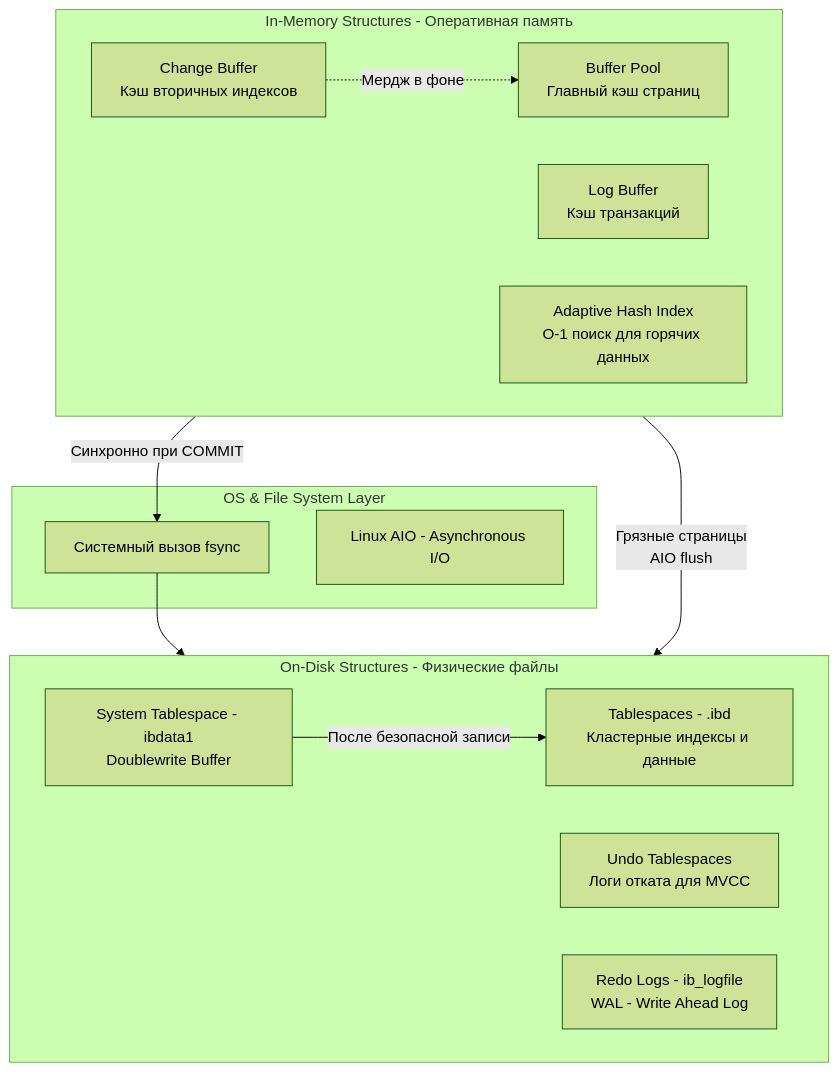
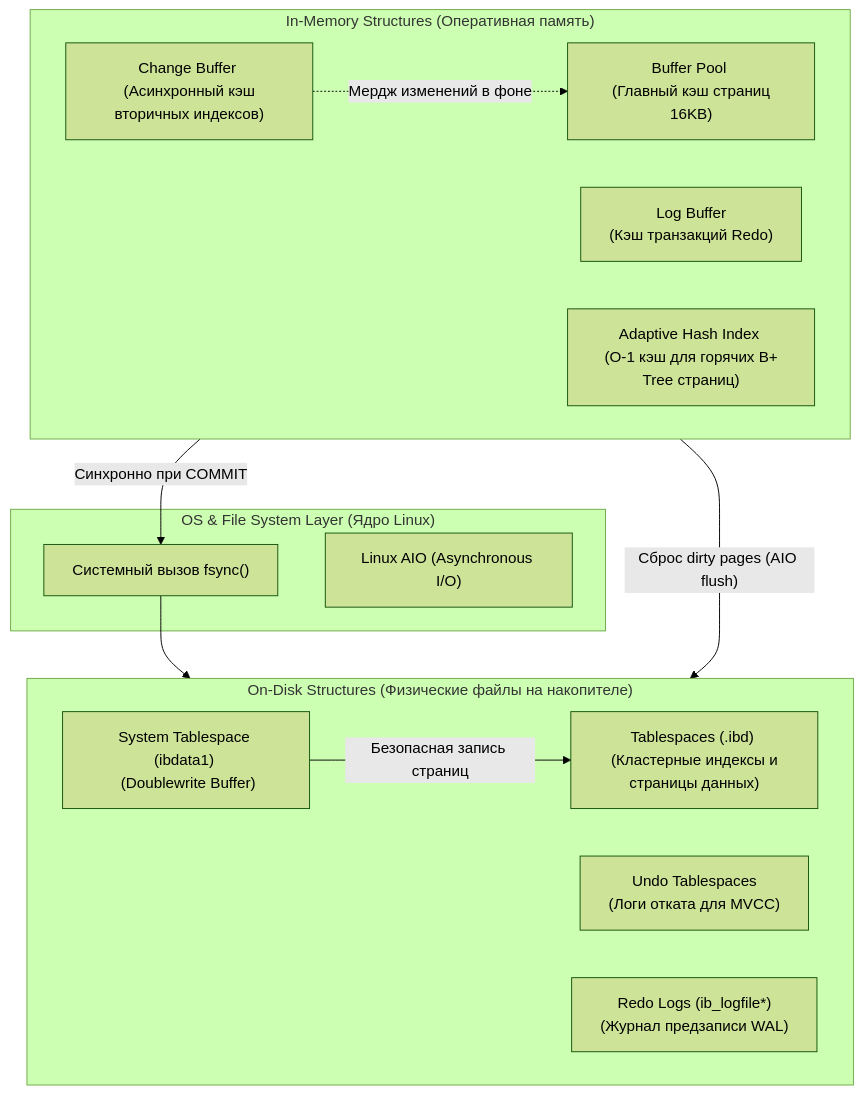
One commit to UnrealTemplier/go-textbook changed the first of 5 diagrams in sources/12. Базы данных/07. MySQL и форки/2. InnoDB storage engine.md. Above: the diagram before and after it, drawn with Mermaid (forest theme). The commit also changed other lines of this file, not shown here.

````diff
--- a/sources/12. Базы данных/07. MySQL и форки/2. InnoDB storage engine.md
+++ b/sources/12. Базы данных/07. MySQL и форки/2. InnoDB storage engine.md
@@ -10,29 +15,29 @@
 ```mermaid
 flowchart TD
-    subgraph RAM ["In-Memory Structures - Оперативная память"]
+    subgraph RAM ["In-Memory Structures (Оперативная память)"]
         direction LR
-        BP["Buffer Pool<br>Главный кэш страниц"]
-        CB["Change Buffer<br>Кэш вторичных индексов"]
-        LB["Log Buffer<br>Кэш транзакций"]
-        AHI["Adaptive Hash Index<br>O-1 поиск для горячих данных"]
+        BP["Buffer Pool <br> (Главный кэш страниц 16KB)"]
+        CB["Change Buffer <br> (Асинхронный кэш вторичных индексов)"]
+        LB["Log Buffer <br> (Кэш транзакций Redo)"]
+        AHI["Adaptive Hash Index <br> (O-1 кэш для горячих B+ Tree страниц)"]
     end
 
-    subgraph IOLayer ["OS & File System Layer"]
-        FSYNC["Системный вызов fsync"]
-        AIO["Linux AIO - Asynchronous I/O"]
+    subgraph IOLayer ["OS & File System Layer (Ядро Linux)"]
+        FSYNC["Системный вызов fsync()"]
+        AIO["Linux AIO (Asynchronous I/O)"]
     end
 
-    subgraph Disk ["On-Disk Structures - Физические файлы"]
+    subgraph Disk ["On-Disk Structures (Физические файлы на накопителе)"]
         direction LR
-        IBD["Tablespaces - .ibd<br>Кластерные индексы и данные"]
-        SYS["System Tablespace - ibdata1<br>Doublewrite Buffer"]
-        UNDO["Undo Tablespaces<br>Логи отката для MVCC"]
-        REDO["Redo Logs - ib_logfile<br>WAL - Write Ahead Log"]
+        IBD["Tablespaces (.ibd) <br> (Кластерные индексы и страницы данных)"]
+        SYS["System Tablespace (ibdata1) <br> (Doublewrite Buffer)"]
+        UNDO["Undo Tablespaces <br> (Логи отката для MVCC)"]
+        REDO["Redo Logs (ib_logfile*) <br> (Журнал предзаписи WAL)"]
     end
 
-    BP -->|"Грязные страницы<br>AIO flush"| SYS
-    SYS -->|"После безопасной записи"| IBD
-    CB -.->|"Мердж в фоне"| BP
+    BP -->|"Сброс dirty pages (AIO flush)"| SYS
+    SYS -->|"Безопасная запись страниц"| IBD
+    CB -.->|"Мердж изменений в фоне"| BP
     LB -->|"Синхронно при COMMIT"| FSYNC
     FSYNC --> REDO
 ```
````
